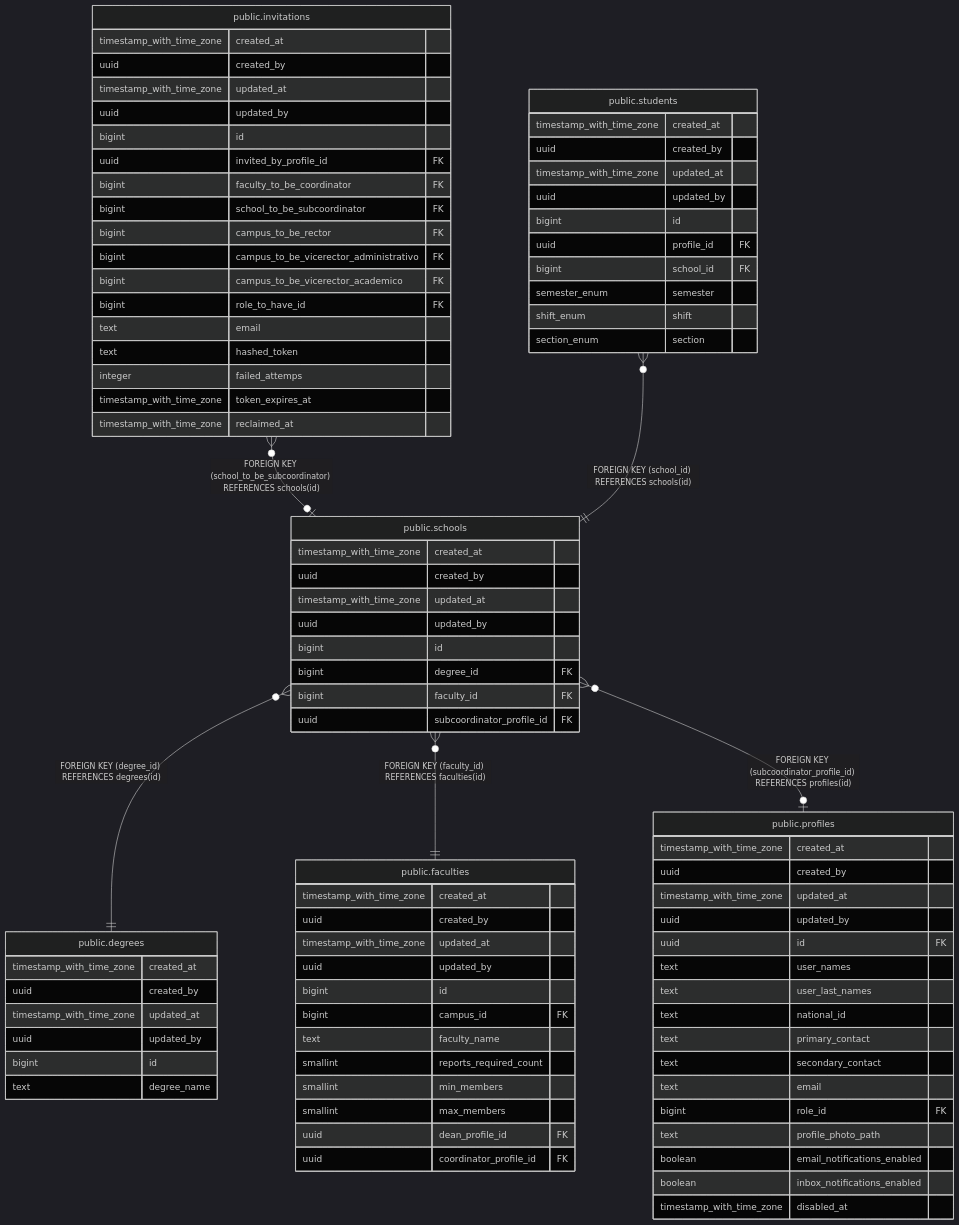
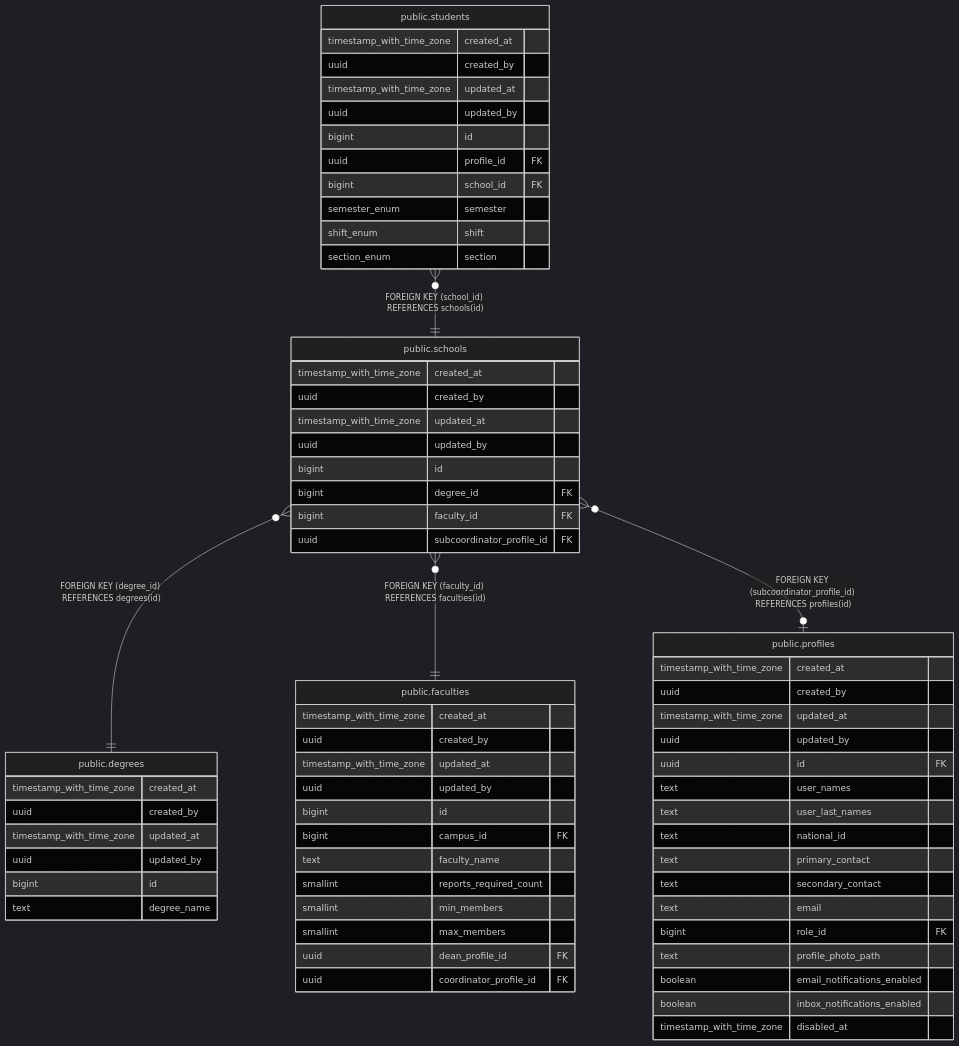
One commit to icristianhernandez/academic-service-backend changed the diagram in docs/db/tbls/public.schools.md. Above: the diagram before and after it, drawn with Mermaid (dark theme). The commit also changed other lines of this file and 13 other files, not shown here.

````diff
--- a/docs/db/tbls/public.schools.md
+++ b/docs/db/tbls/public.schools.md
@@ -44,7 +44,6 @@
 ```mermaid
 erDiagram
 
-"public.invitations" }o--o| "public.schools" : "FOREIGN KEY (school_to_be_subcoordinator) REFERENCES schools(id)"
 "public.students" }o--|| "public.schools" : "FOREIGN KEY (school_id) REFERENCES schools(id)"
 "public.schools" }o--|| "public.degrees" : "FOREIGN KEY (degree_id) REFERENCES degrees(id)"
 "public.schools" }o--|| "public.faculties" : "FOREIGN KEY (faculty_id) REFERENCES faculties(id)"
@@ -59,25 +58,6 @@
   bigint degree_id FK ""
   bigint faculty_id FK ""
   uuid subcoordinator_profile_id FK ""
-}
-"public.invitations" {
-  timestamp_with_time_zone created_at ""
-  uuid created_by ""
-  timestamp_with_time_zone updated_at ""
-  uuid updated_by ""
-  bigint id ""
-  uuid invited_by_profile_id FK ""
-  bigint faculty_to_be_coordinator FK ""
-  bigint school_to_be_subcoordinator FK ""
-  bigint campus_to_be_rector FK ""
-  bigint campus_to_be_vicerector_administrativo FK ""
-  bigint campus_to_be_vicerector_academico FK ""
-  bigint role_to_have_id FK ""
-  text email ""
-  text hashed_token ""
-  integer failed_attemps ""
-  timestamp_with_time_zone token_expires_at ""
-  timestamp_with_time_zone reclaimed_at ""
 }
 "public.students" {
   timestamp_with_time_zone created_at ""
````
